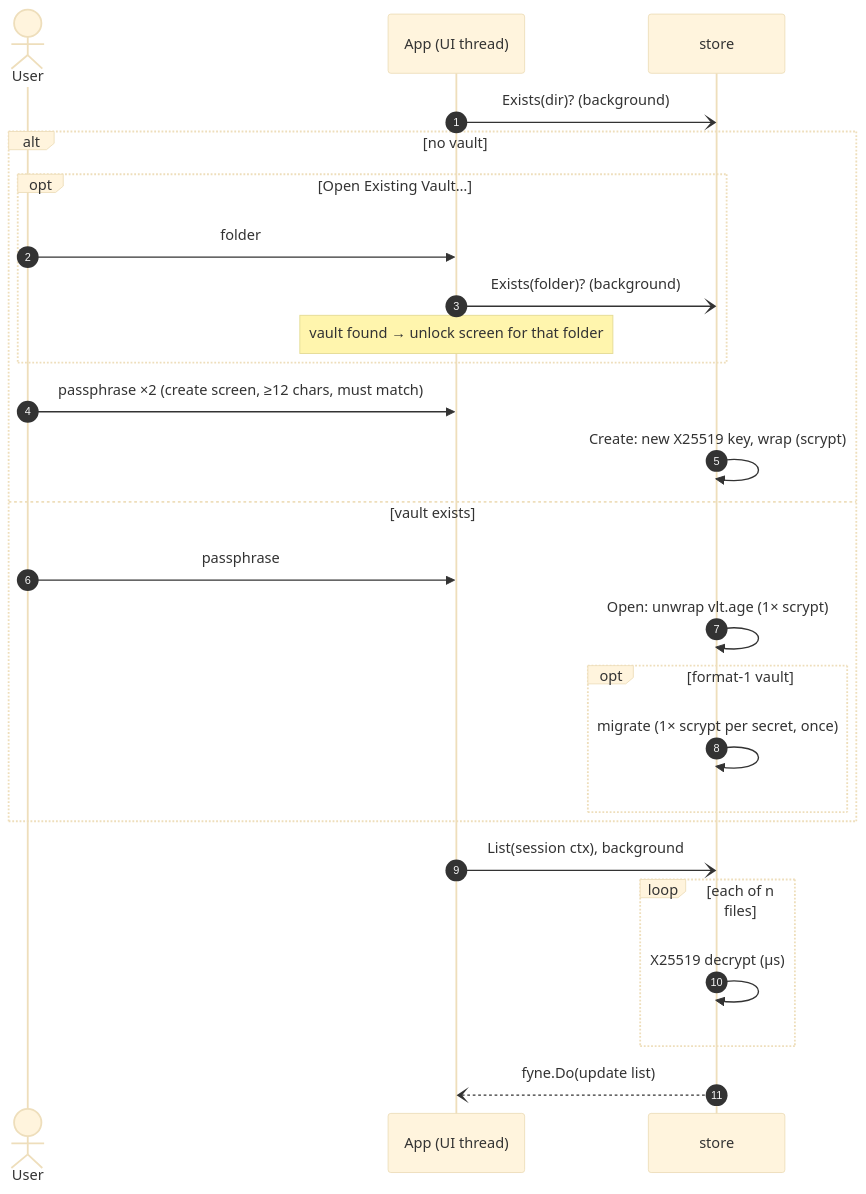
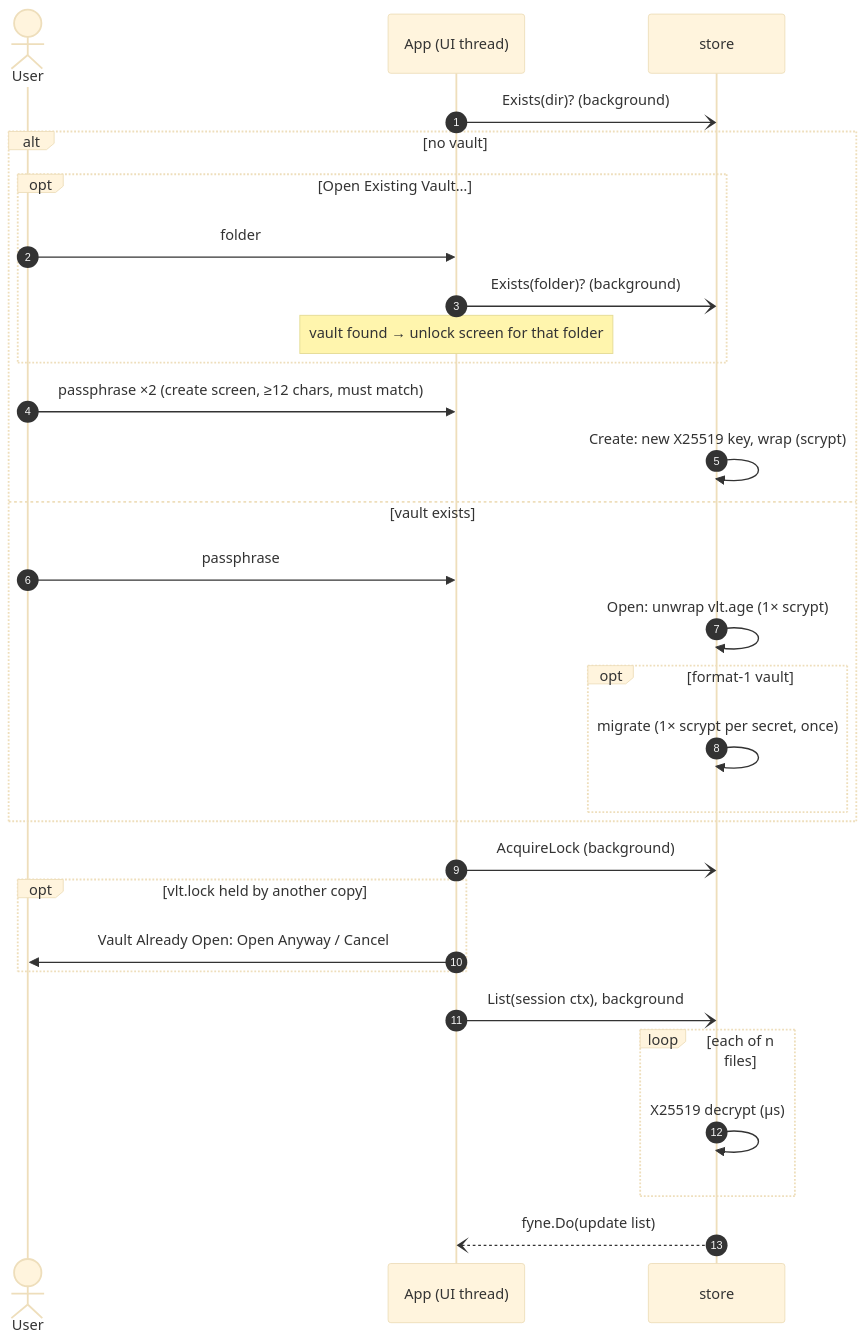
Before and after one commit to heyjdp/vlt: the diagram in vault-vlt/Architecture/Unlock Flow.md, drawn with Mermaid (base theme). The commit also changed other lines of this file and 49 other files, not shown here.

````diff
--- a/vault-vlt/Architecture/Unlock Flow.md
+++ b/vault-vlt/Architecture/Unlock Flow.md
@@ -17,28 +19,32 @@
 ```mermaid
 sequenceDiagram
     autonumber
     actor User
     participant A as App (UI thread)
     participant S as store
     A-)S: Exists(dir)? (background)
     alt no vault
         opt Open Existing Vault…
             User->>A: folder
             A-)S: Exists(folder)? (background)
             Note over A: vault found → unlock screen for that folder
         end
         User->>A: passphrase ×2 (create screen, ≥12 chars, must match)
         S->>S: Create: new X25519 key, wrap (scrypt)
     else vault exists
         User->>A: passphrase
         S->>S: Open: unwrap vlt.age (1× scrypt)
         opt format-1 vault
             S->>S: migrate (1× scrypt per secret, once)
         end
     end
+    A-)S: AcquireLock (background)
+    opt vlt.lock held by another copy
+        A->>User: Vault Already Open: Open Anyway / Cancel
+    end
     A-)S: List(session ctx), background
     loop each of n files
         S->>S: X25519 decrypt (µs)
     end
     S--)A: fyne.Do(update list)
 ```
````
